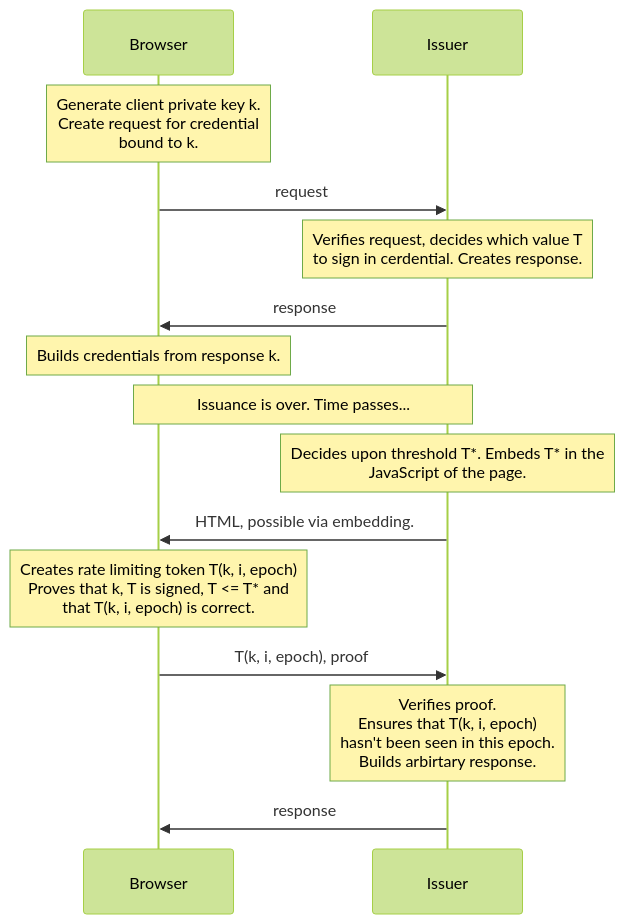
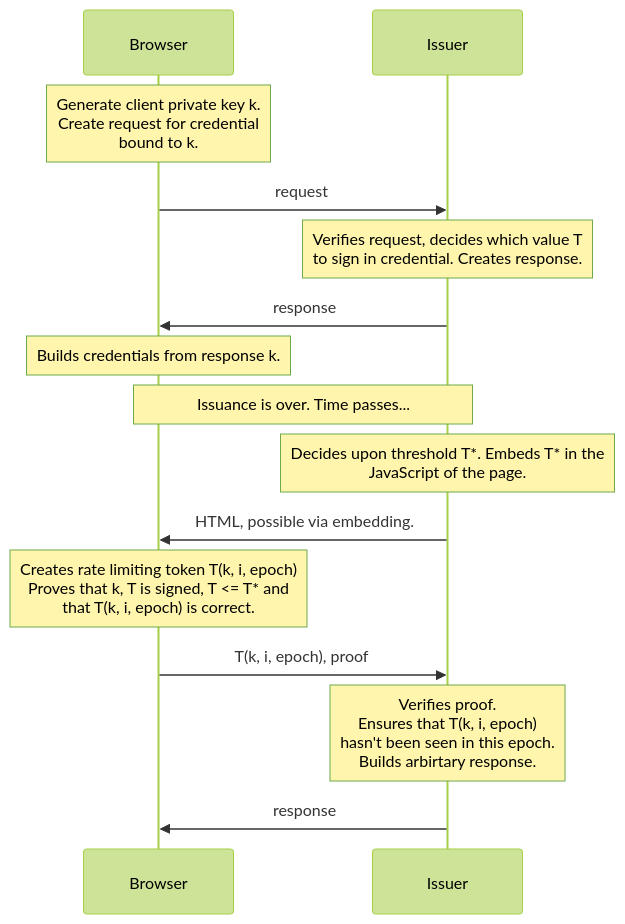
One commit to explainers-by-googlers/private-proof changed the diagram in README.md. Above: the diagram before and after it, drawn with Mermaid (forest theme).

Commit message:
Typo fix (#3)

````diff
--- a/README.md
+++ b/README.md
@@ -63,17 +63,17 @@
 ```mermaid
 sequenceDiagram
     participant Browser
     participant Issuer
     note over Browser: Generate client private key k.<br/>Create request for credential<br/>bound to k.
     Browser->>Issuer: request
-    note over Issuer: Verifies request, decides which value T<br/>to sign in cerdential. Creates response. 
+    note over Issuer: Verifies request, decides which value T<br/>to sign in credential. Creates response. 
     Issuer->>Browser: response
     note over Browser: Builds credentials from response k.
     Note over Browser,Issuer: Issuance is over. Time passes...
     note over Issuer: Decides upon threshold T*. Embeds T* in the<br/>JavaScript of the page.
     Issuer->>Browser: HTML, possible via embedding.
     note over Browser: Creates rate limiting token T(k, i, epoch)<br/>Proves that k, T is signed, T <= T* and<br/>that T(k, i, epoch) is correct.
     Browser->>Issuer: T(k, i, epoch), proof
     note over Issuer: Verifies proof.<br/>Ensures that T(k, i, epoch)<br/>hasn't been seen in this epoch.<br/>Builds arbirtary response.
     Issuer->>Browser: response
 ```
````
